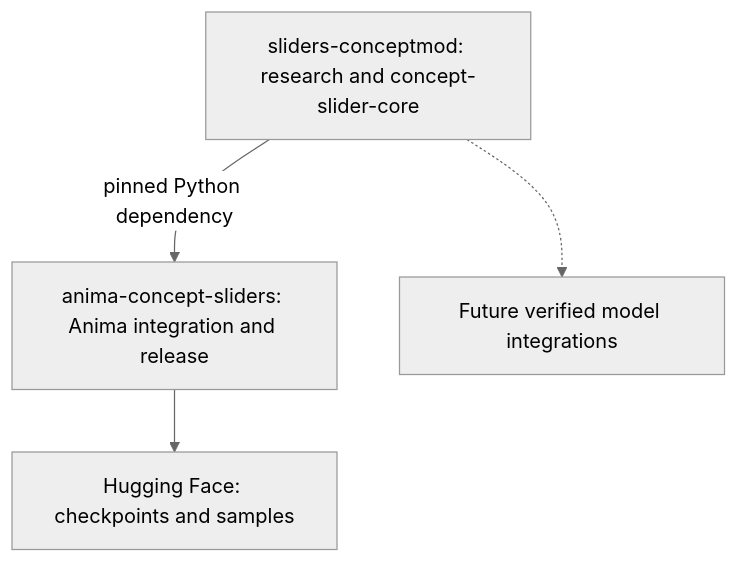
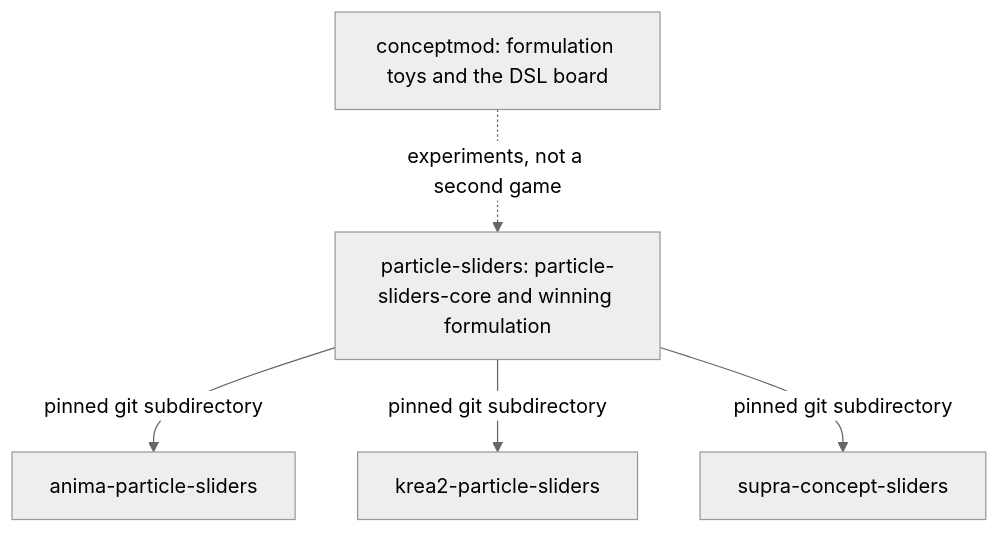
The diagram in docs/shared-core.md (HyperGAN/particle-sliders), drawn with Mermaid (neutral theme) before and after one commit. The commit also changed other lines of this file and 24 other files, not shown here.

First line of the commit message:
Export particle-sliders-core and the shared winning formulation.

````diff
--- a/docs/shared-core.md
+++ b/docs/shared-core.md
@@ -8,10 +8,12 @@
 ```mermaid
 flowchart TB
-  core[sliders-conceptmod: research and concept-slider-core]
-  anima[anima-concept-sliders: Anima integration and release]
-  hf[Hugging Face: checkpoints and samples]
-  core -->|pinned Python dependency| anima
-  anima --> hf
-  future[Future verified model integrations]
-  core -.-> future
+  core[particle-sliders: particle-sliders-core and winning formulation]
+  anima[anima-particle-sliders]
+  krea[krea2-particle-sliders]
+  supra[supra-concept-sliders]
+  toys[conceptmod: formulation toys and the DSL board]
+  core -->|pinned git subdirectory| anima
+  core -->|pinned git subdirectory| krea
+  core -->|pinned git subdirectory| supra
+  toys -.->|experiments, not a second game| core
 ```
````
